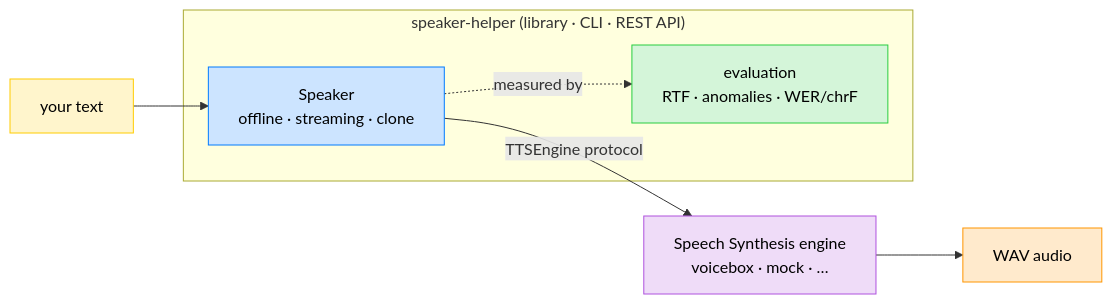
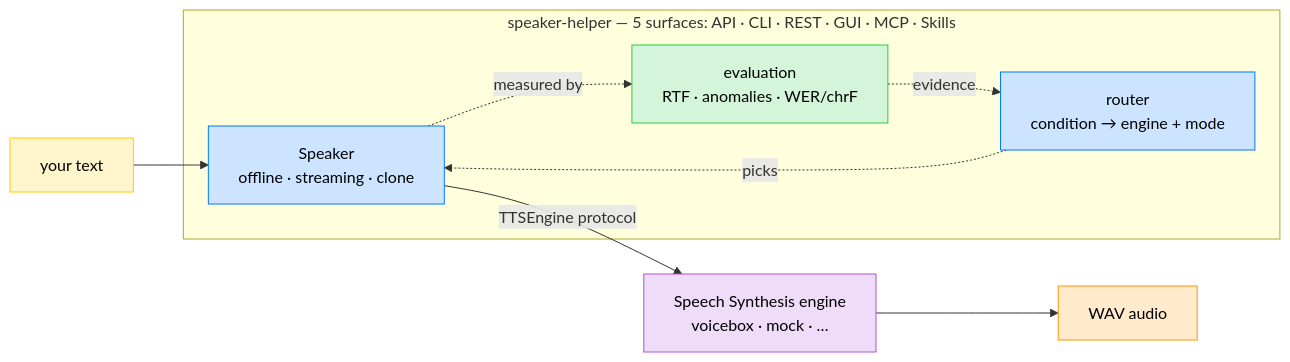
One commit to warith-harchaoui/speaker-helper changed the diagram in README.md. Above: the diagram before and after it, drawn with Mermaid. The commit also changed other lines of this file and 40 other files, not shown here.

````diff
--- a/README.md
+++ b/README.md
@@ -51,21 +66,24 @@
 ```mermaid
 flowchart LR
     text["your text"]:::input
-    subgraph SH["speaker-helper (library · CLI · REST API)"]
+    subgraph SH["speaker-helper — 5 surfaces: API · CLI · REST · GUI · MCP · Skills"]
         speaker["Speaker<br/>offline · streaming · clone"]:::core
+        router["router<br/>condition → engine + mode"]:::core
         eval["evaluation<br/>RTF · anomalies · WER/chrF"]:::eval
     end
     engine["Speech Synthesis engine<br/>voicebox · mock · …"]:::engine
     audio["WAV audio"]:::output
 
     text --> speaker
+    router -.->|picks| speaker
     speaker -- "TTSEngine protocol" --> engine
     engine --> audio
     speaker -.->|measured by| eval
+    eval -.->|evidence| router
 
     classDef input fill:#FFF5CC,stroke:#FFCC00,color:#000000
     classDef core fill:#CCE4FF,stroke:#007AFF,color:#000000
     classDef eval fill:#D4F5D9,stroke:#28CD41,color:#000000
     classDef engine fill:#EFDCF8,stroke:#AF52DE,color:#000000
     classDef output fill:#FFEACC,stroke:#FF9500,color:#000000
 ```
````
